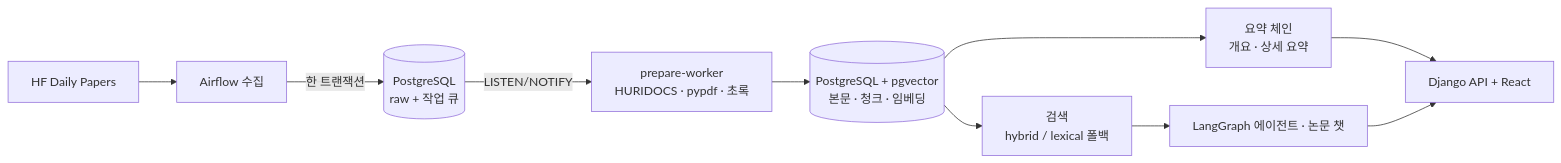
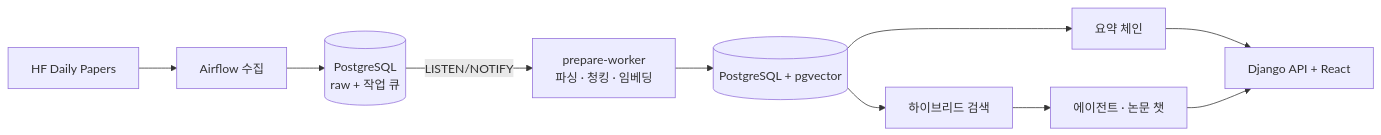
One commit to cwj0666/ArXplore changed the diagram in README.md. Above: the diagram before and after it, drawn with Mermaid. The commit also changed other lines of this file and 2 other files, not shown here.

First line of the commit message:
docs: README follows a conventional Features / Architecture / Stack / Evaluation layout

````diff
--- a/README.md
+++ b/README.md
@@ -44,12 +32,12 @@
 ```mermaid
 flowchart LR
     A[HF Daily Papers] --> B[Airflow 수집]
-    B -->|한 트랜잭션| C[(PostgreSQL<br/>raw + 작업 큐)]
-    C -->|LISTEN/NOTIFY| D[prepare-worker<br/>HURIDOCS · pypdf · 초록]
-    D --> E[(PostgreSQL + pgvector<br/>본문 · 청크 · 임베딩)]
-    E --> F[검색<br/>hybrid / lexical 폴백]
-    E --> G[요약 체인<br/>개요 · 상세 요약]
-    F --> H[LangGraph 에이전트 · 논문 챗]
+    B --> C[(PostgreSQL<br/>raw + 작업 큐)]
+    C -->|LISTEN/NOTIFY| D[prepare-worker<br/>파싱 · 청킹 · 임베딩]
+    D --> E[(PostgreSQL + pgvector)]
+    E --> F[하이브리드 검색]
+    E --> G[요약 체인]
+    F --> H[에이전트 · 논문 챗]
     G --> I[Django API + React]
     H --> I
 ```
````
